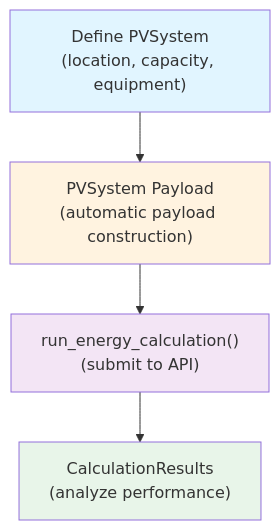
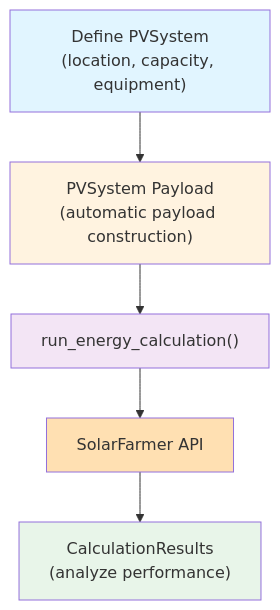
One commit to dnv-opensource/solarfarmer-python-sdk changed the diagram in docs/getting-started/workflow-2-pvplant-builder.md. Above: the diagram before and after it, drawn with Mermaid. The commit also changed 1 other file, not shown here.

Commit message:
Add API to workflow 1 and 2 flowcharts

````diff
--- a/docs/getting-started/workflow-2-pvplant-builder.md
+++ b/docs/getting-started/workflow-2-pvplant-builder.md
@@ -28,16 +28,19 @@
 ```mermaid
 graph TB
     A["Define PVSystem<br/>(location, capacity, equipment)"]
     B["PVSystem Payload<br/>(automatic payload construction)"]
-    C["run_energy_calculation()<br/>(submit to API)"]
-    D["CalculationResults<br/>(analyze performance)"]
+    C["run_energy_calculation()"]
+    D["SolarFarmer API"]
+    E["CalculationResults<br/>(analyze performance)"]
 
     A --> B
     B --> C
     C --> D
+    D --> E
 
     style A fill:#e1f5ff
     style B fill:#fff3e0
     style C fill:#f3e5f5
-    style D fill:#e8f5e9
+    style D fill:#ffe0b2
+    style E fill:#e8f5e9
 ```
````
